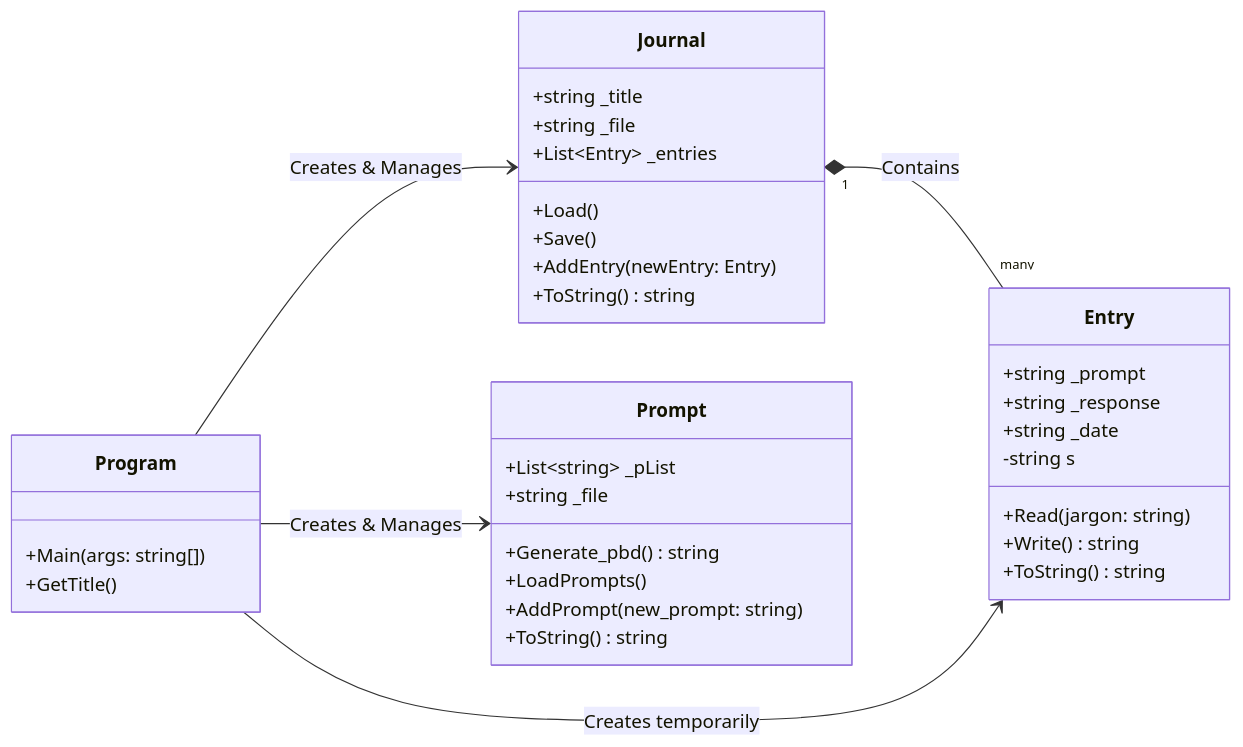
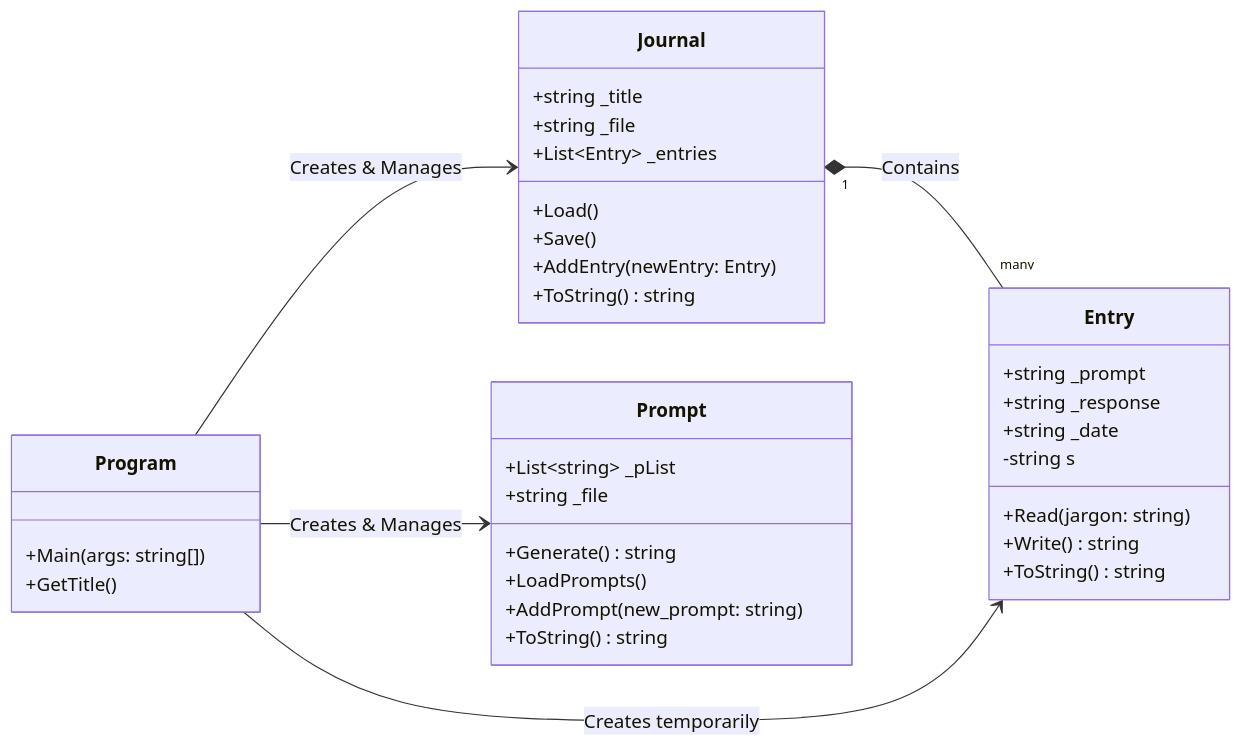
The diagram in prove/Develop02/README.md (parkerd3/CSE_2.electric_boogaloo), drawn with Mermaid before and after one commit.

Commit message:
Fixing typos

````diff
--- a/prove/Develop02/README.md
+++ b/prove/Develop02/README.md
@@ -11,39 +11,39 @@
 ```mermaid
 classDiagram
     direction LR
     class Program {
         +Main(args: string[])
         +GetTitle()
     }
     class Entry {
         +string _prompt
         +string _response
         +string _date
         -string s
         +Read(jargon: string)
         +Write() string
         +ToString() string
     }
     class Journal {
         +string _title
         +string _file
         +List~Entry~ _entries
         +Load()
         +Save()
         +AddEntry(newEntry: Entry)
         +ToString() string
     }
     class Prompt {
         +List~string~ _pList
         +string _file
-        +Generate_pbd() string
+        +Generate() string
         +LoadPrompts()
         +AddPrompt(new_prompt: string)
         +ToString() string
     }
 
     Program --> Journal : Creates & Manages
     Program --> Prompt : Creates & Manages
     Journal "1" *-- "many" Entry : Contains
     Program --> Entry : Creates temporarily
 ```
````
